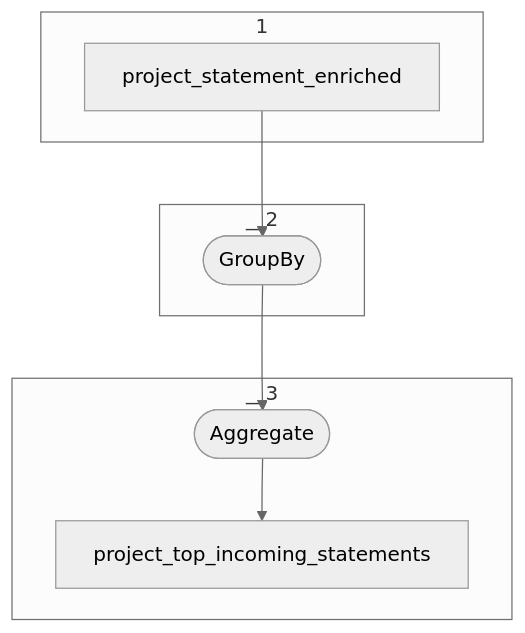
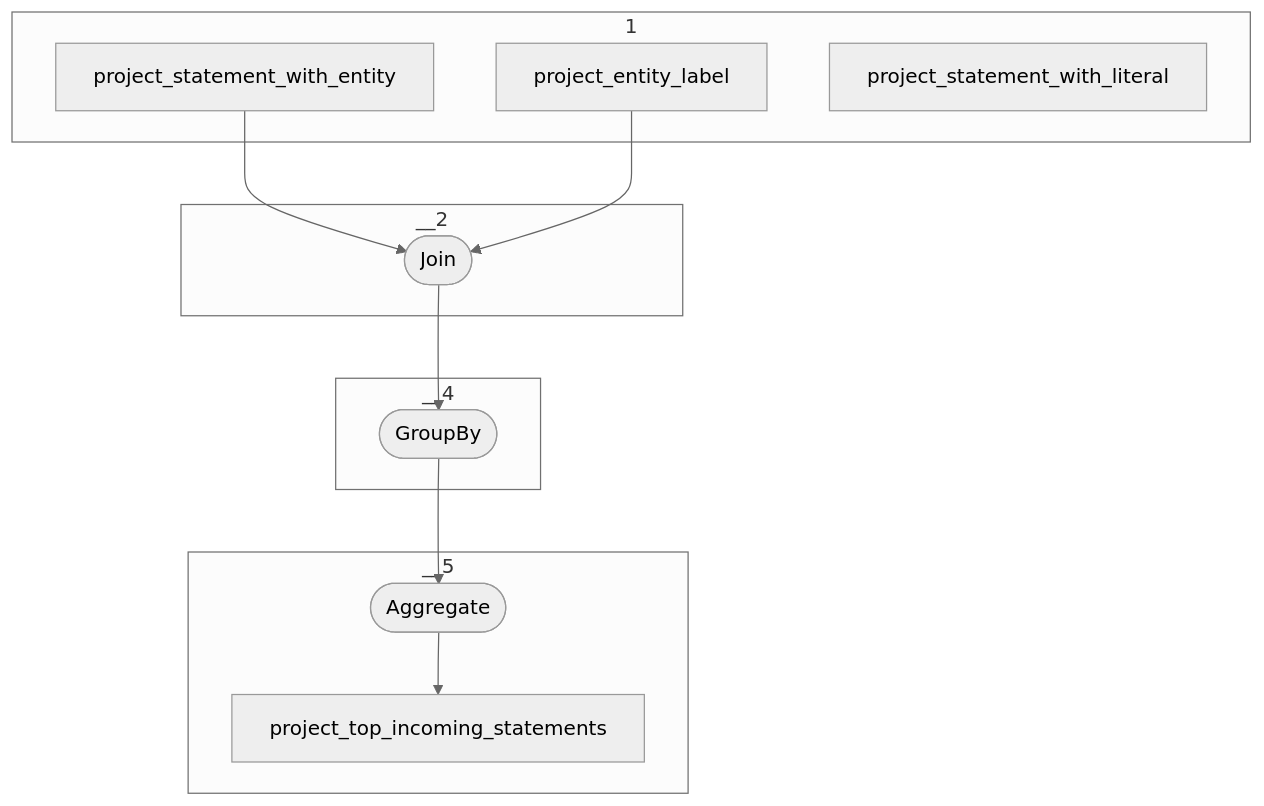
Before and after one commit to geovistory/toolbox-streams: the diagram in app/src/main/java/org/geovistory/toolbox/streams/topologies/ProjectTopIncomingStatements.md, drawn with Mermaid (neutral theme). The commit also changed other lines of this file and 32 other files, not shown here.

````diff
--- a/app/src/main/java/org/geovistory/toolbox/streams/topologies/ProjectTopIncomingStatements.md
+++ b/app/src/main/java/org/geovistory/toolbox/streams/topologies/ProjectTopIncomingStatements.md
@@ -5,16 +5,22 @@
 ```mermaid
 flowchart TD
-    1a-->2a-->3a-->3b
-   
+    1a-->2a-->4a-->5a-->5b
+    1c-->2a
+
     subgraph 1
-        1a[project_statement_enriched]
+        1a[project_statement_with_entity]
+        1b[project_statement_with_literal]
+        1c[project_entity_label]
     end
     subgraph __2
-        2a([GroupBy])
+        2a([Join])
     end  
-    subgraph __3
-        3a([Aggregate])
-        3b[project_top_incoming_statements]
+    subgraph __4
+        4a([GroupBy])
+    end  
+    subgraph __5
+        5a([Aggregate])
+        5b[project_top_incoming_statements]
     end
 
 ```
````
